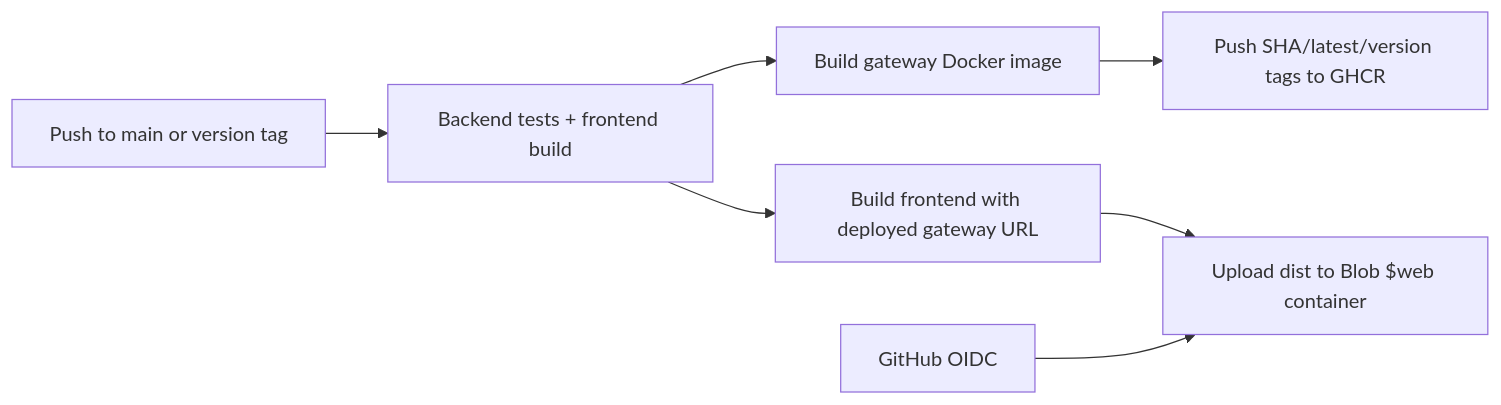
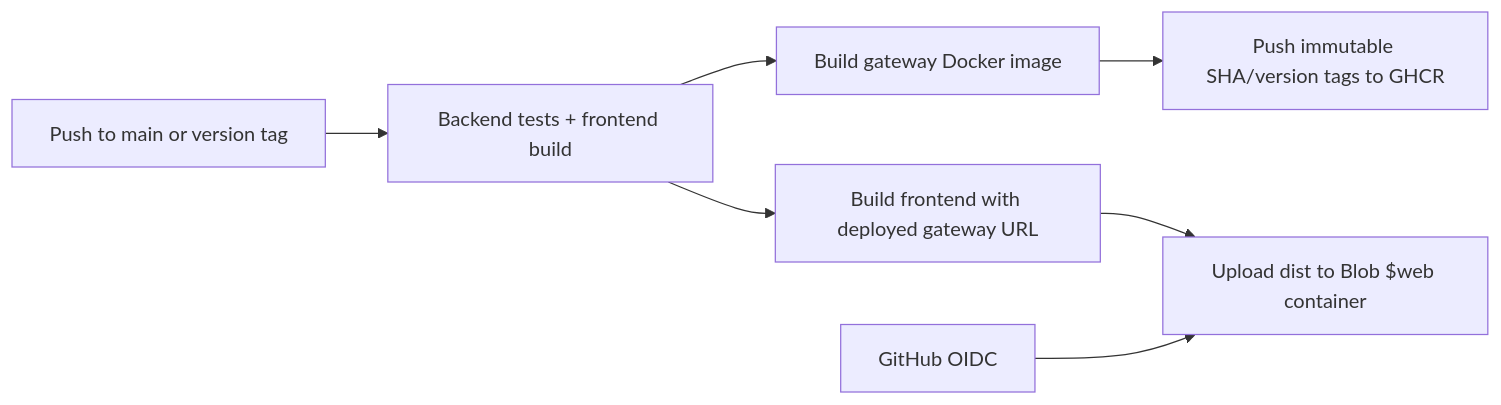
The fourth of 4 diagrams in README.md (ellisbirt/adventure-works-mcp-server), drawn with Mermaid before and after one commit. The commit also changed other lines of this file and 8 other files, not shown here.

````diff
--- a/README.md
+++ b/README.md
@@ -95,9 +95,9 @@
 ```mermaid
 flowchart LR
 	Commit[Push to main or version tag] --> Tests[Backend tests + frontend build]
 	Tests --> Image[Build gateway Docker image]
-	Image --> GHCR[Push SHA/latest/version tags to GHCR]
+	Image --> GHCR[Push immutable SHA/version tags to GHCR]
 	Tests --> WebBuild[Build frontend with deployed gateway URL]
 	WebBuild --> Blob[Upload dist to Blob $web container]
 	AzureLogin[GitHub OIDC] --> Blob
 ```
````
